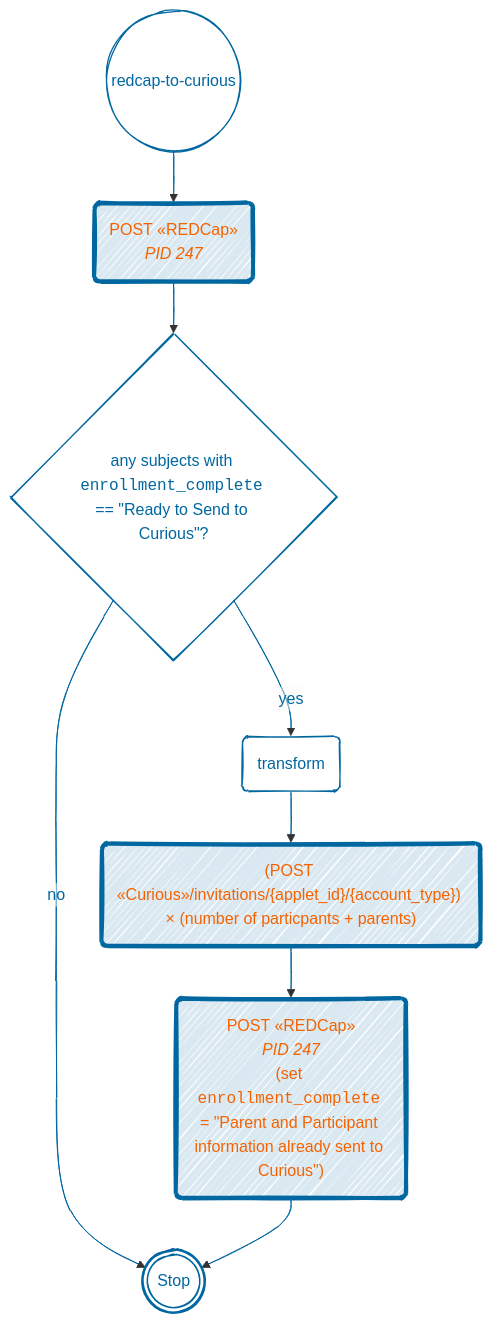
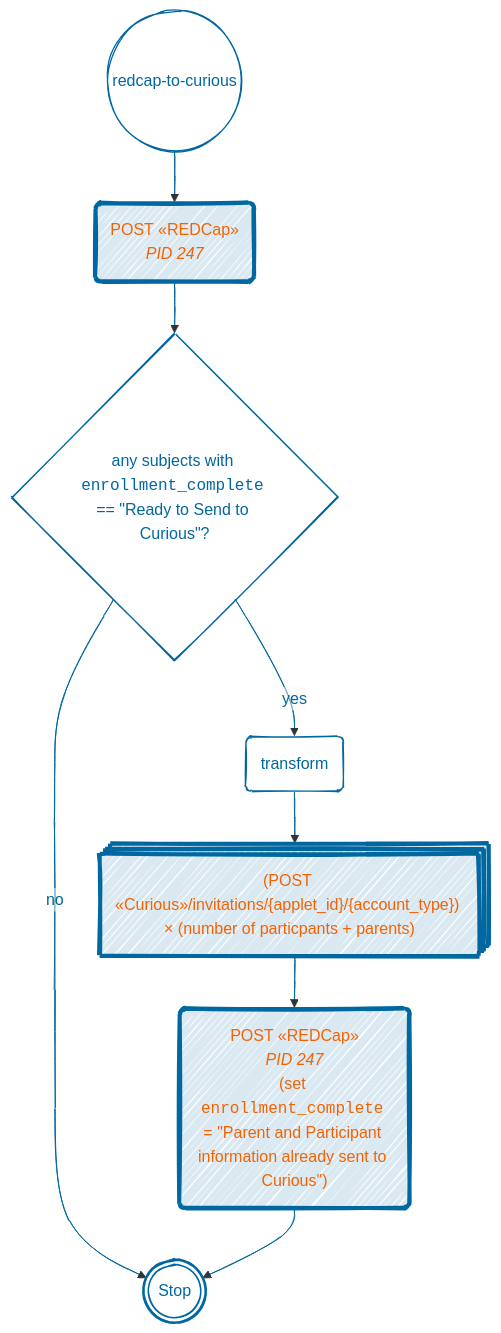
One commit to shnizzedy/hbnmigration changed the second of 2 diagrams in python_jobs/src/hbnmigration/from_redcap/README.md. Above: the diagram before and after it, drawn with Mermaid. The commit also changed 3 other files, not shown here.

Commit message:
:memo: Add flowchart for curious-alerts-to-redcap

````diff
--- a/python_jobs/src/hbnmigration/from_redcap/README.md
+++ b/python_jobs/src/hbnmigration/from_redcap/README.md
@@ -26,18 +26,18 @@
 ```mermaid
 ---
 config:
   look: handDrawn
   themeVariables:
     edgeLabelBackground: '#FAF9F500'
     fontFamily: "Verdana, Courier New, Arial Black, Arial Bold, cursive, fantasy"
 ---
 flowchart TD
     classDef apiCall color:#F56200,fill:#0067a025,stroke:#0067a0,stroke-width:4px;
     classDef default stroke:#0067a0,color:#0067a0,fill:#FAF9F510;
 
     start@{ shape: circle, label: "redcap-to-curious" } --> fetch_247@{ shape: rounded, label: "POST «REDCap»\n*PID 247*" } --> has_data@{ shape: diamond, label: "any subjects with <code style='color:#0067a0'>enrollment_complete</code> == \"Ready to Send to Curious\"?" } -- no --> stop@{ shape: dbl-circ, label: "Stop" };
-    has_data -- yes --> transform@{ shape: rounded, label: "transform" } --> new_curious_account@{ shape: rounded, label: "(POST «Curious»/invitations/{applet_id}/{account_type}) × (number of particpants + parents)" } --> update_247@{ shape: rounded, label: "POST «REDCap»\n*PID 247*\n(set <code style='color:#F56200'>enrollment_complete</code> = \"Parent and Participant information already sent to Curious\")" } --> stop;
+    has_data -- yes --> transform@{ shape: rounded, label: "transform" } --> new_curious_account@{ shape: procs, label: "(POST «Curious»/invitations/{applet_id}/{account_type}) × (number of particpants + parents)" } --> update_247@{ shape: rounded, label: "POST «REDCap»\n*PID 247*\n(set <code style='color:#F56200'>enrollment_complete</code> = \"Parent and Participant information already sent to Curious\")" } --> stop;
 
     class fetch_247,new_curious_account,update_247 apiCall;
     linkStyle 0,1,2,3,4,5,6 stroke:#0067a0,color:#0067a0
 ```
````
